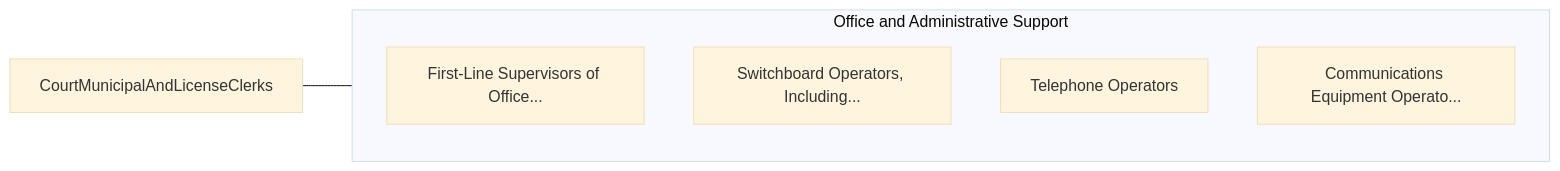
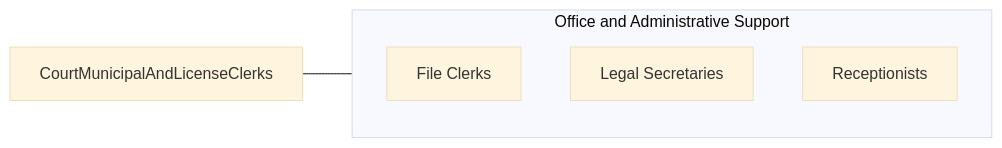
The third of 3 diagrams in occupations/Administrative/CourtMunicipalAndLicenseClerks.mdx (kziemski/business.org.ai), drawn with Mermaid (base theme) before and after one commit. The commit also changed other lines of this file and 938 other files, not shown here.

````diff
--- a/occupations/Administrative/CourtMunicipalAndLicenseClerks.mdx
+++ b/occupations/Administrative/CourtMunicipalAndLicenseClerks.mdx
@@ -113,13 +106,12 @@
 ```mermaid
 graph LR
     Current["CourtMunicipalAndLicenseClerks"]
 
     subgraph SameCategory["Office and Administrative Support"]
-        FirstLineSupervisors["First-Line Supervisors of Office..."]
-        SwitchboardOperators["Switchboard Operators, Including..."]
-        TelephoneOperators["Telephone Operators"]
-        CommunicationsEquipm["Communications Equipment Operato..."]
+        FileClerks["File Clerks"]
+        LegalSecretaries["Legal Secretaries"]
+        Receptionists["Receptionists"]
     end
 
     Current --- SameCategory
 ```
````
